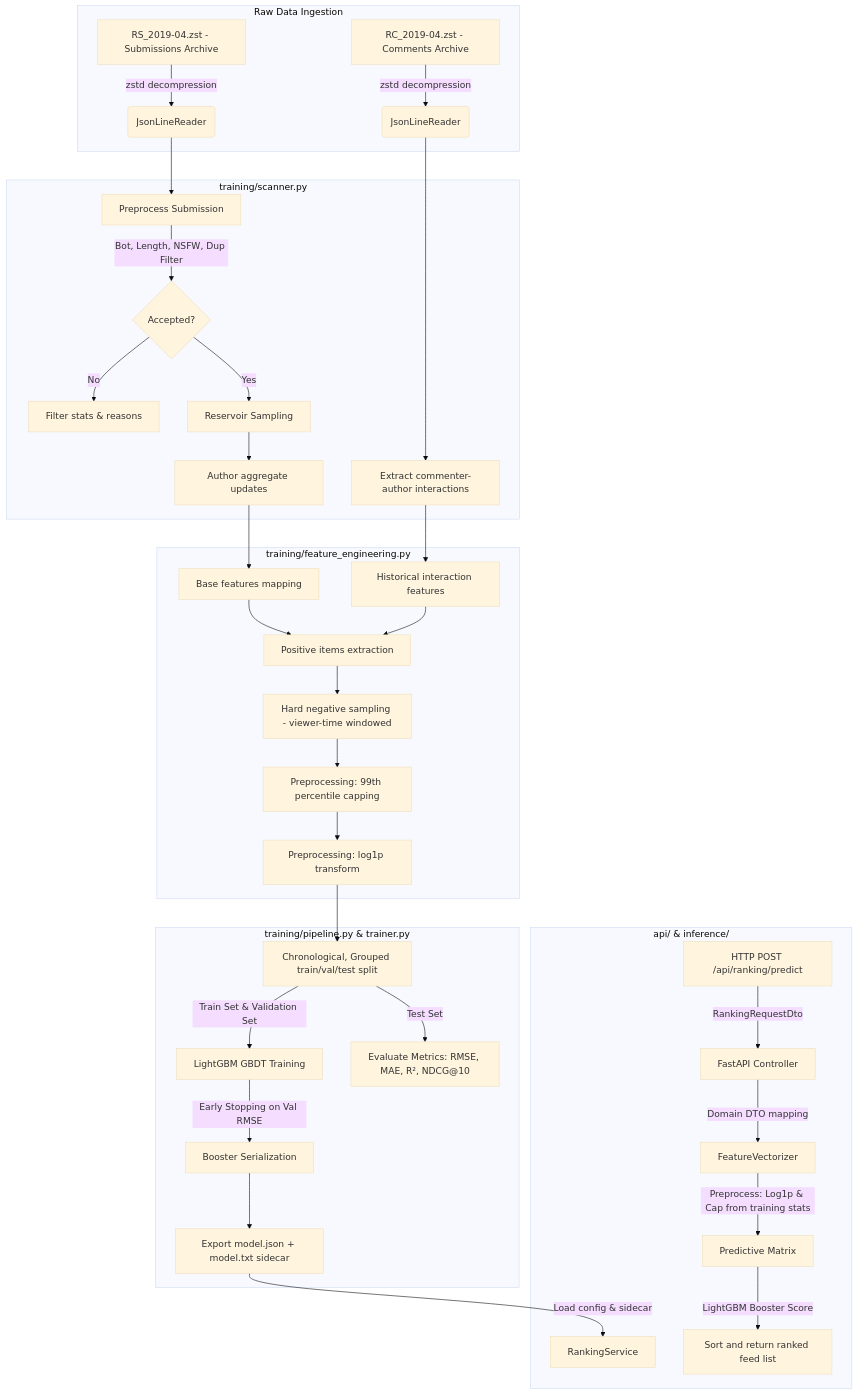
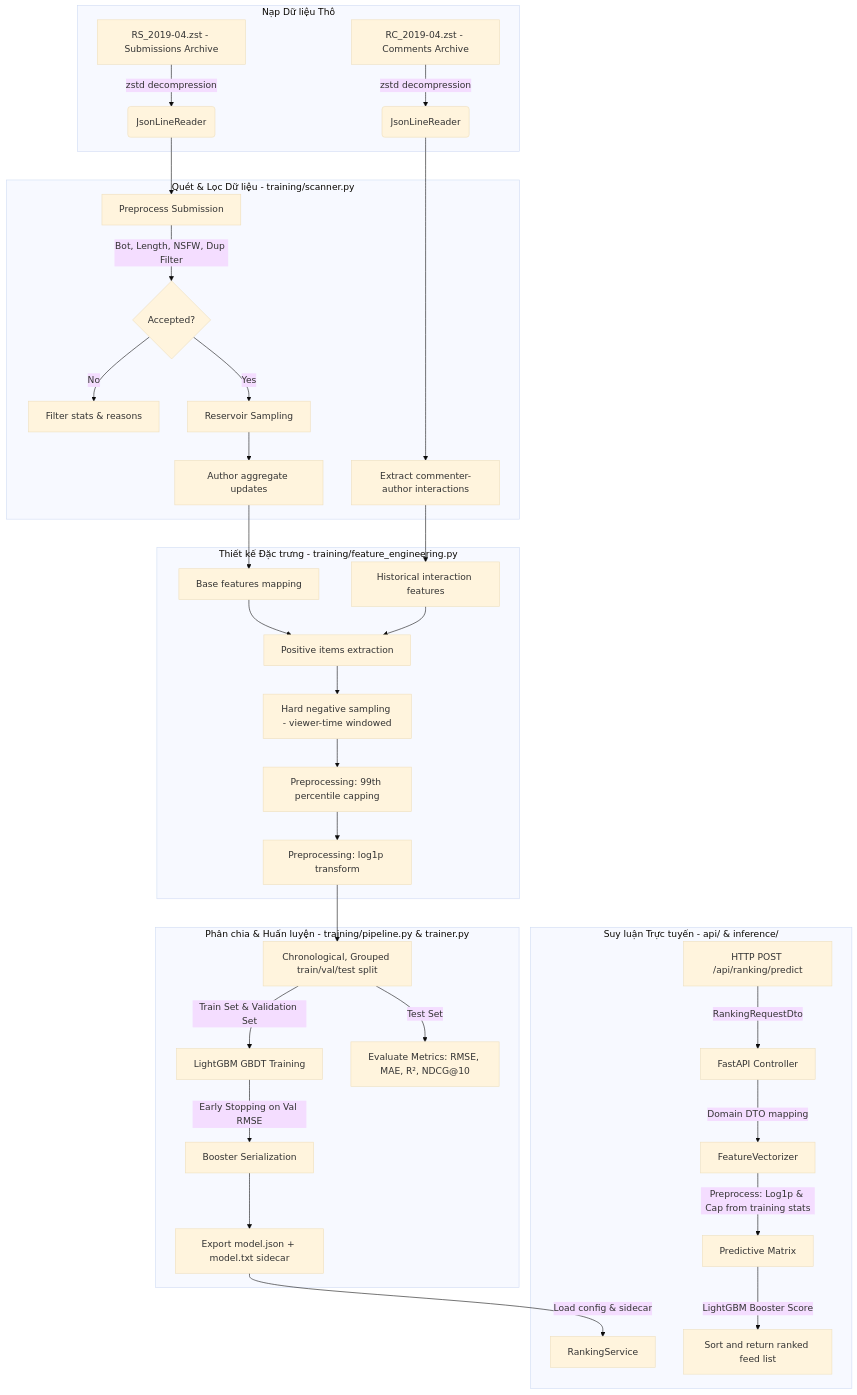
The diagram in docs/learn/ai_analysis.md (DamPhuQuy/Social-Pulse), drawn with Mermaid (base theme) before and after one commit. The commit also changed other lines of this file and 1 other file, not shown here.

````diff
--- a/docs/learn/ai_analysis.md
+++ b/docs/learn/ai_analysis.md
@@ -43,42 +62,42 @@
 ```mermaid
 graph TD
-    subgraph Raw Data Ingestion
+    subgraph Raw Data Ingestion [Nạp Dữ liệu Thô]
         A[RC_2019-04.zst - Comments Archive] -->|zstd decompression| B(JsonLineReader)
         C[RS_2019-04.zst - Submissions Archive] -->|zstd decompression| D(JsonLineReader)
     end
 
-    subgraph Scanner Stage [training/scanner.py]
+    subgraph Scanner Stage [Quét & Lọc Dữ liệu - training/scanner.py]
         D --> E[Preprocess Submission]
         E -->|Bot, Length, NSFW, Dup Filter| F{Accepted?}
         F -->|No| G[Filter stats & reasons]
         F -->|Yes| H[Reservoir Sampling]
         H --> I[Author aggregate updates]
         B --> J[Extract commenter-author interactions]
     end
 
-    subgraph Feature Engineering [training/feature_engineering.py]
+    subgraph Feature Engineering [Thiết kế Đặc trưng - training/feature_engineering.py]
         I --> K[Base features mapping]
         J --> L[Historical interaction features]
         K --> M[Positive items extraction]
         L --> M
         M --> N[Hard negative sampling - viewer-time windowed]
         N --> O[Preprocessing: 99th percentile capping]
         O --> P[Preprocessing: log1p transform]
     end
 
-    subgraph Split & Train [training/pipeline.py & trainer.py]
+    subgraph Split & Train [Phân chia & Huấn luyện - training/pipeline.py & trainer.py]
         P --> Q[Chronological, Grouped train/val/test split]
         Q -->|Train Set & Validation Set| R[LightGBM GBDT Training]
         R -->|Early Stopping on Val RMSE| S[Booster Serialization]
         Q -->|Test Set| T[Evaluate Metrics: RMSE, MAE, R², NDCG@10]
         S --> U[Export model.json + model.txt sidecar]
     end
 
-    subgraph Online Inference [api/ & inference/]
+    subgraph Online Inference [Suy luận Trực tuyến - api/ & inference/]
         V[HTTP POST /api/ranking/predict] -->|RankingRequestDto| W[FastAPI Controller]
         W -->|Domain DTO mapping| X[FeatureVectorizer]
         U -->|Load config & sidecar| Y[RankingService]
         X -->|Preprocess: Log1p & Cap from training stats| Z[Predictive Matrix]
         Z -->|LightGBM Booster Score| AA[Sort and return ranked feed list]
     end
 ```
````
